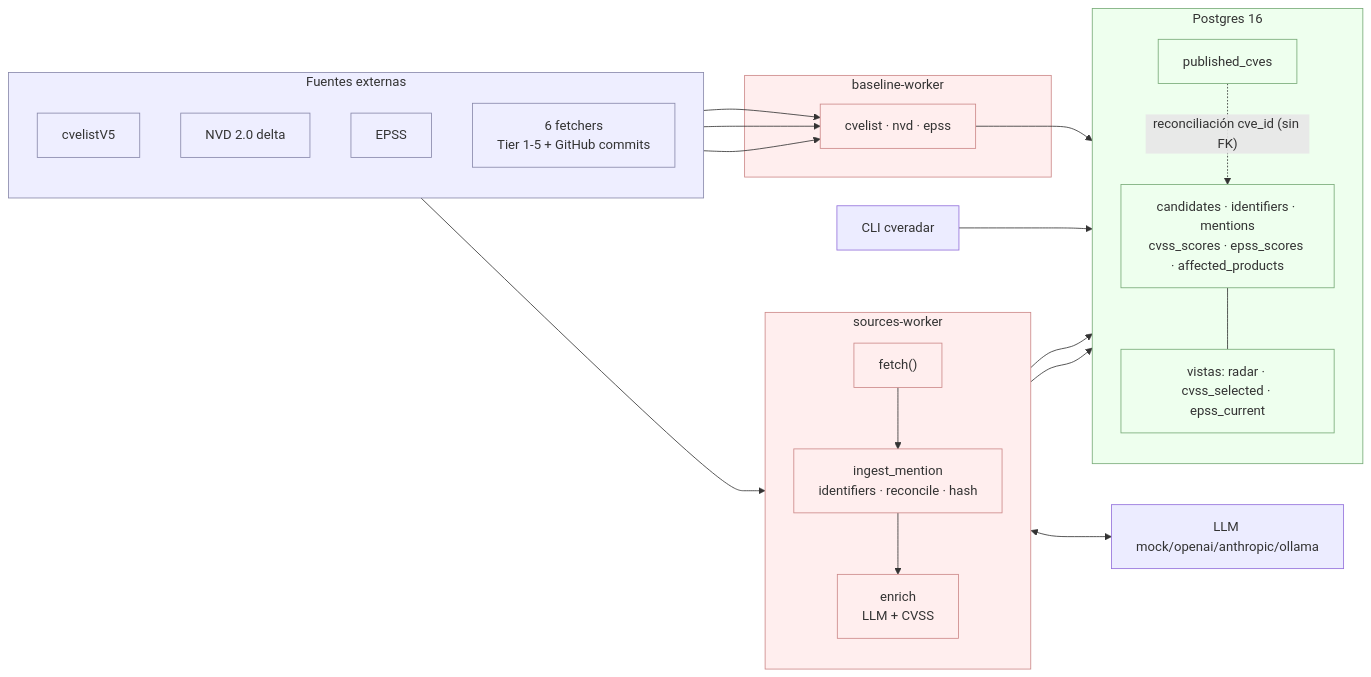
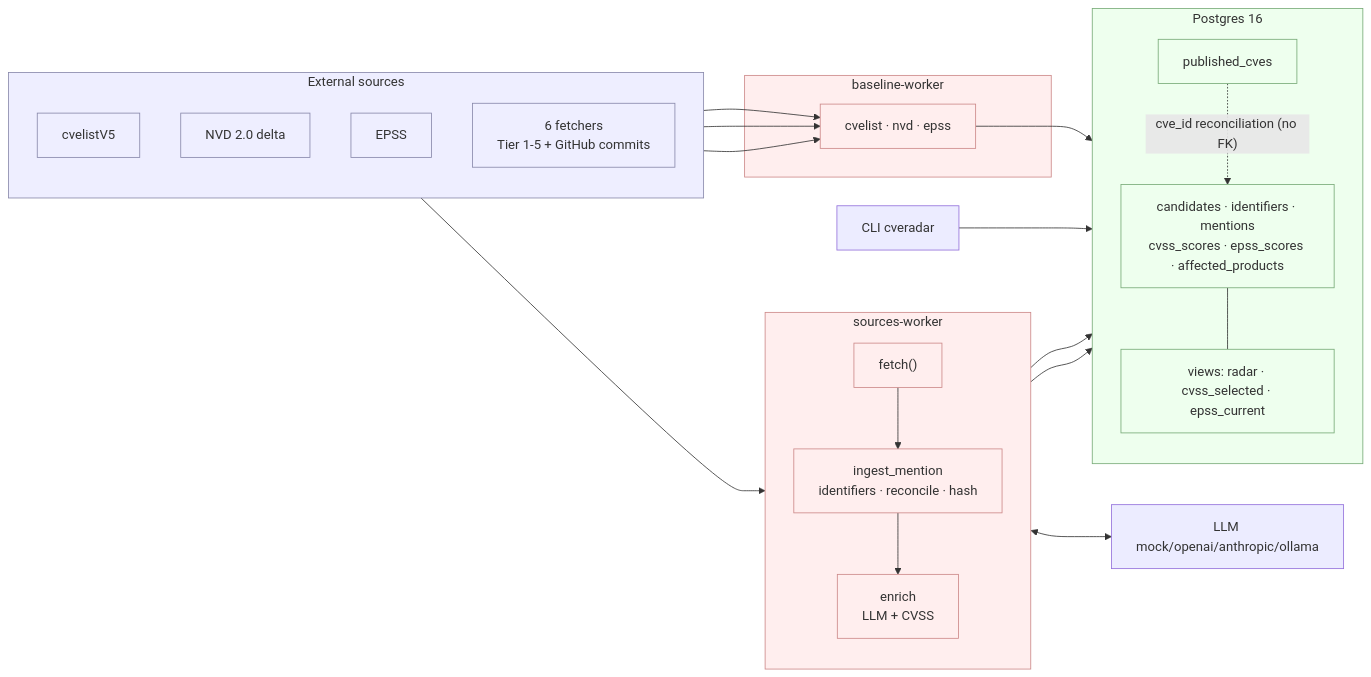
Before and after one commit to aramosf/foreshock: the diagram in README.md, drawn with Mermaid. The commit also changed other lines of this file and 22 other files, not shown here.

````diff
--- a/README.md
+++ b/README.md
@@ -36,43 +35,43 @@
 ```mermaid
 flowchart LR
-    subgraph EXT["Fuentes externas"]
+    subgraph EXT["External sources"]
         direction TB
         CVELIST["cvelistV5"]
         NVD["NVD 2.0 delta"]
         EPSSAPI["EPSS"]
         SRC["6 fetchers<br/>Tier 1-5 + GitHub commits"]
     end
     subgraph BW["baseline-worker"]
         JOBS["cvelist · nvd · epss"]
     end
     subgraph SW["sources-worker"]
         direction TB
         FETCH["fetch()"] --> INGEST["ingest_mention<br/>identifiers · reconcile · hash"] --> ENRICH["enrich<br/>LLM + CVSS"]
     end
     LLM["LLM mock/openai/anthropic/ollama"]
     subgraph PG["Postgres 16"]
         direction TB
         PUB["published_cves"]
         DATA["candidates · identifiers · mentions<br/>cvss_scores · epss_scores · affected_products"]
-        VIEW["vistas: radar · cvss_selected · epss_current"]
+        VIEW["views: radar · cvss_selected · epss_current"]
     end
     CLI["CLI cveradar"]
     CVELIST --> JOBS
     NVD --> JOBS
     EPSSAPI --> JOBS
     SRC --> FETCH
     JOBS --> PUB
     INGEST --> DATA
     ENRICH --> DATA
     ENRICH <--> LLM
-    PUB -. "reconciliación cve_id (sin FK)" .-> DATA
+    PUB -. "cve_id reconciliation (no FK)" .-> DATA
     DATA --- VIEW
     CLI --> PG
 
     classDef ext fill:#eef,stroke:#88a;
     classDef store fill:#efe,stroke:#7a7;
     classDef proc fill:#fee,stroke:#c88;
     class EXT,CVELIST,NVD,EPSSAPI,SRC ext;
     class PG,PUB,DATA,VIEW store;
     class BW,SW,JOBS,FETCH,INGEST,ENRICH proc;
 ```
````
